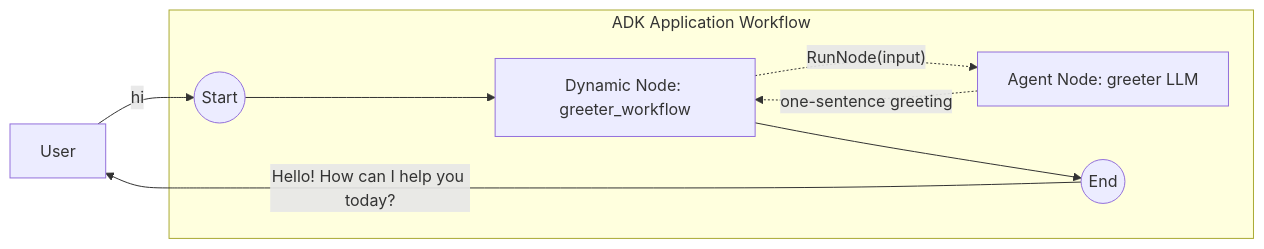
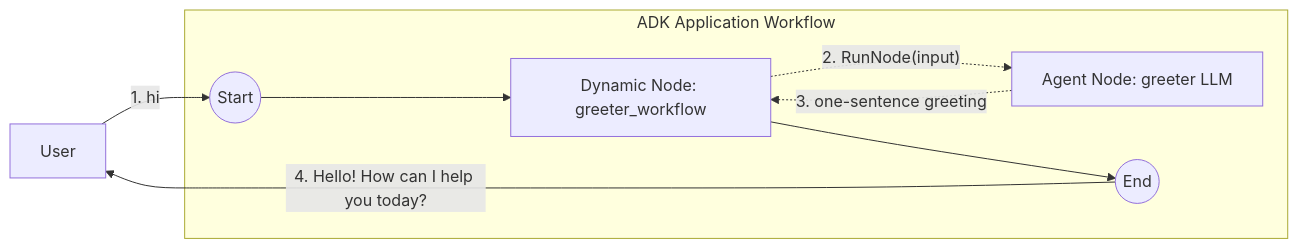
One commit to google/adk-go changed the diagram in examples/workflow/dynamic/llm/README.md. Above: the diagram before and after it, drawn with Mermaid. The commit also changed 8 other files, not shown here.

First line of the commit message:
docs(examples/workflow): number diagram edges to show flow order (review feedback)

````diff
--- a/examples/workflow/dynamic/llm/README.md
+++ b/examples/workflow/dynamic/llm/README.md
@@ -29,12 +29,12 @@
 ```mermaid
 graph LR
     User[User]
     subgraph "ADK Application Workflow"
         Start((Start)) --> D[Dynamic Node: greeter_workflow]
-        D -.->|"RunNode(input)"| G[Agent Node: greeter LLM]
-        G -.->|"one-sentence greeting"| D
+        D -.->|"2. RunNode(input)"| G[Agent Node: greeter LLM]
+        G -.->|"3. one-sentence greeting"| D
         D --> End((End))
     end
-    User -- "hi" --> Start
-    End -- "Hello! How can I help you today?" --> User
+    User -- "1. hi" --> Start
+    End -- "4. Hello! How can I help you today?" --> User
 ```
````
